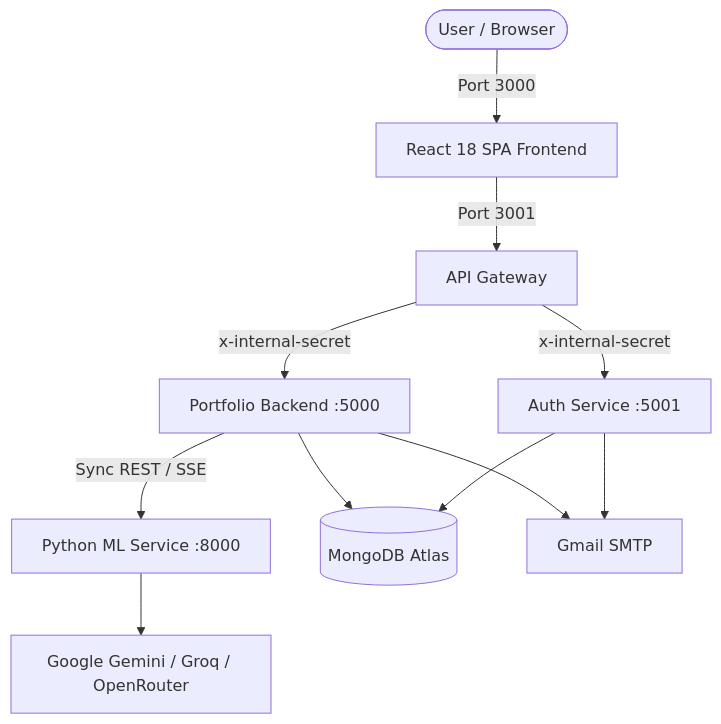
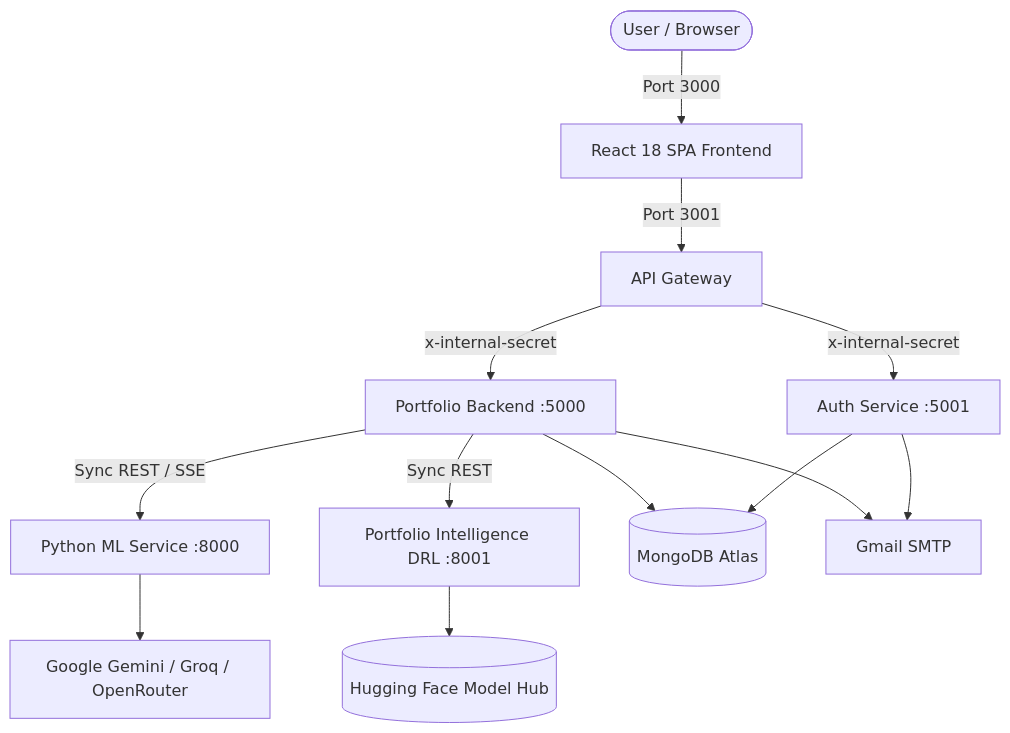
The diagram in wiki/Home.md (subham2020btecs00002/PORTFOLIO-BUILDER-2.0), drawn with Mermaid before and after one commit. The commit also changed other lines of this file and 22 other files, not shown here.

````diff
--- a/wiki/Home.md
+++ b/wiki/Home.md
@@ -59,13 +61,15 @@
 ```mermaid
 graph TD
     User([User / Browser]) -->|Port 3000| Client[React 18 SPA Frontend]
     Client -->|Port 3001| GW[API Gateway]
     GW -->|x-internal-secret| Auth[Auth Service :5001]
     GW -->|x-internal-secret| Backend[Portfolio Backend :5000]
     Backend -->|Sync REST / SSE| ML[Python ML Service :8000]
+    Backend -->|Sync REST| DRL[Portfolio Intelligence DRL :8001]
+    DRL --> HF[(Hugging Face Model Hub)]
     Auth --> DB[(MongoDB Atlas)]
     Backend --> DB
     Auth --> Mail[Gmail SMTP]
     Backend --> Mail
     ML --> LLM[Google Gemini / Groq / OpenRouter]
 ```
````
